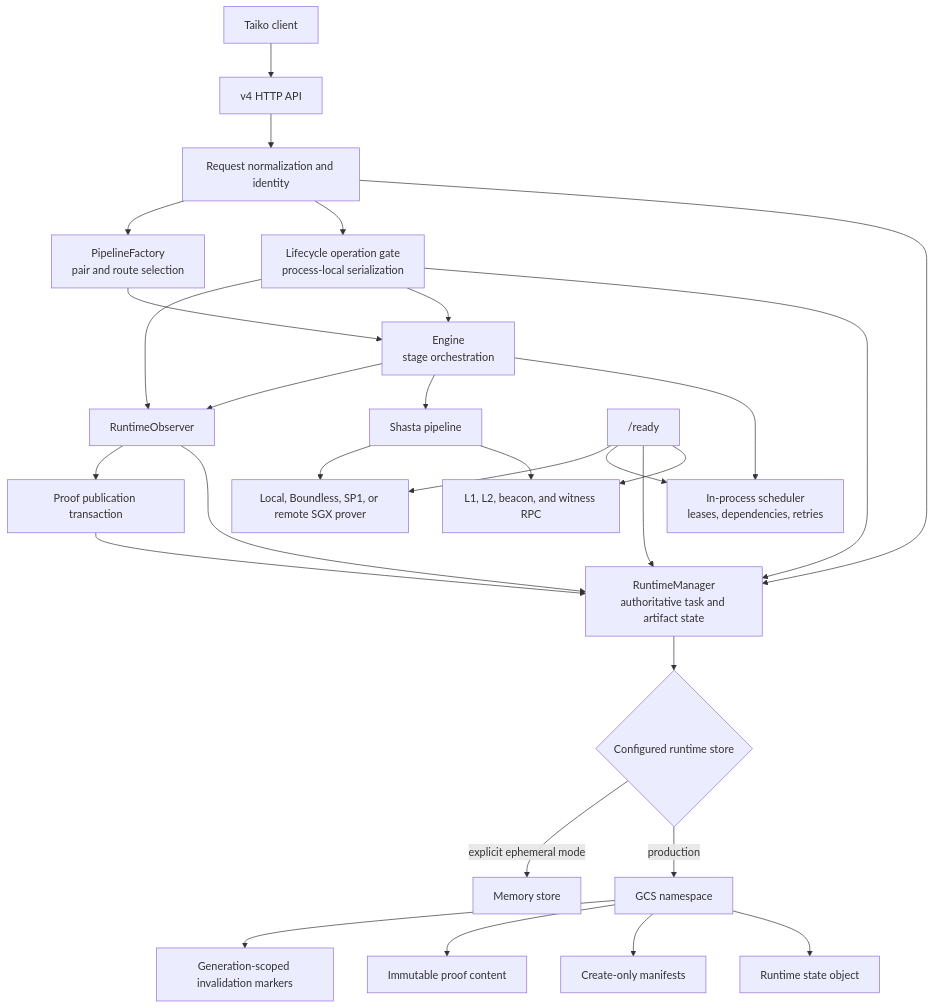
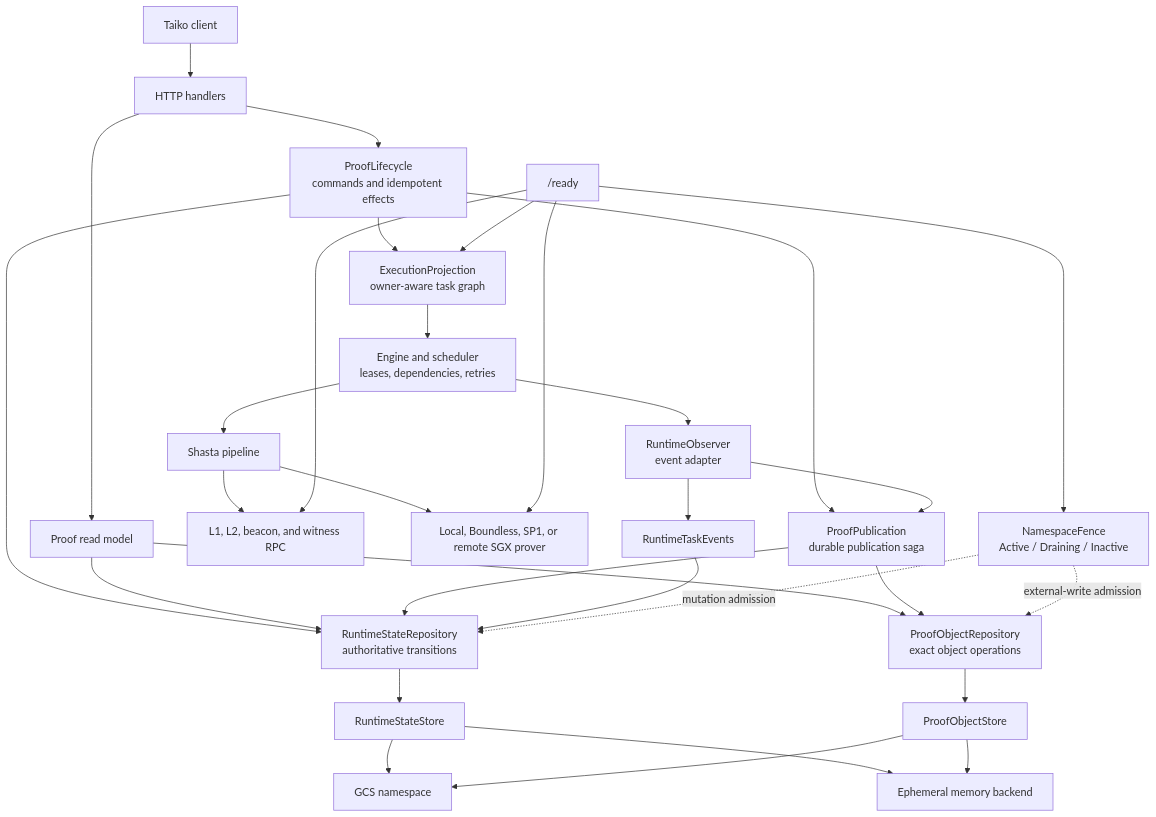
One commit to taikoxyz/raiko2 changed the first of 13 diagrams in docs/architecture.md. Above: the diagram before and after it, drawn with Mermaid. The commit also changed other lines of this file and 37 other files, not shown here.

Commit message:
fix(runtime): unify proof lifecycle ownership

````diff
--- a/docs/architecture.md
+++ b/docs/architecture.md
@@ -43,36 +48,37 @@
 ```mermaid
 flowchart TB
-  Client["Taiko client"] --> API["v4 HTTP API"]
-  API --> Identity["Request normalization and identity"]
-  Identity --> Runtime["RuntimeManager<br/>authoritative task and artifact state"]
-  Identity --> OperationGate["Lifecycle operation gate<br/>process-local serialization"]
-  Identity --> Factory["PipelineFactory<br/>pair and route selection"]
+  Client["Taiko client"] --> API["HTTP handlers"]
+  API --> Lifecycle["ProofLifecycle<br/>commands and idempotent effects"]
+  API --> ReadModel["Proof read model"]
+  Lifecycle --> StateRepo["RuntimeStateRepository<br/>authoritative transitions"]
+  Lifecycle --> Projection["ExecutionProjection<br/>owner-aware task graph"]
+  Lifecycle --> Publication["ProofPublication<br/>durable publication saga"]
+  ReadModel --> StateRepo
+  ReadModel --> ObjectRepo["ProofObjectRepository<br/>exact object operations"]
+  Publication --> StateRepo
+  Publication --> ObjectRepo
 
-  Factory --> Engine["Engine<br/>stage orchestration"]
-  Engine --> Queue["In-process scheduler<br/>leases, dependencies, retries"]
+  Projection --> Engine["Engine and scheduler<br/>leases, dependencies, retries"]
   Engine --> Pipeline["Shasta pipeline"]
   Pipeline --> RPC["L1, L2, beacon, and witness RPC"]
   Pipeline --> Prover["Local, Boundless, SP1, or remote SGX prover"]
+  Engine --> Observer["RuntimeObserver<br/>event adapter"]
+  Observer --> Events["RuntimeTaskEvents"]
+  Observer --> Publication
+  Events --> StateRepo
 
-  Engine --> Observer["RuntimeObserver"]
-  OperationGate --> Runtime
-  OperationGate --> Engine
-  OperationGate --> Observer
-  Observer --> Runtime
-  Observer --> ArtifactCommit["Proof publication transaction"]
-  ArtifactCommit --> Runtime
+  Fence["NamespaceFence<br/>Active / Draining / Inactive"] -. mutation admission .-> StateRepo
+  Fence -. external-write admission .-> ObjectRepo
 
-  Runtime --> Store{"Configured runtime store"}
-  Store -->|production| GCS["GCS namespace"]
-  Store -->|explicit ephemeral mode| Memory["Memory store"]
-
-  GCS --> State["Runtime state object"]
-  GCS --> Manifest["Create-only manifests"]
-  GCS --> Content["Immutable proof content"]
-  GCS --> Tombstone["Generation-scoped invalidation markers"]
+  StateRepo --> StateStore["RuntimeStateStore"]
+  ObjectRepo --> ObjectStore["ProofObjectStore"]
+  StateStore --> GCS["GCS namespace"]
+  ObjectStore --> GCS
+  StateStore --> Memory["Ephemeral memory backend"]
+  ObjectStore --> Memory
 
   Ready["/ready"] --> RPC
-  Ready --> Runtime
-  Ready --> Queue
+  Ready --> Fence
+  Ready --> Projection
   Ready --> Prover
 ```
````
